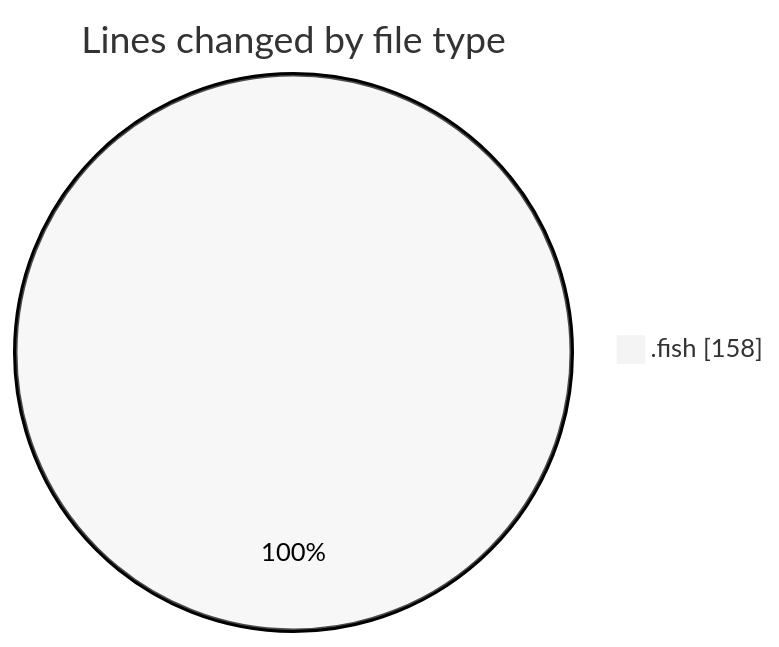
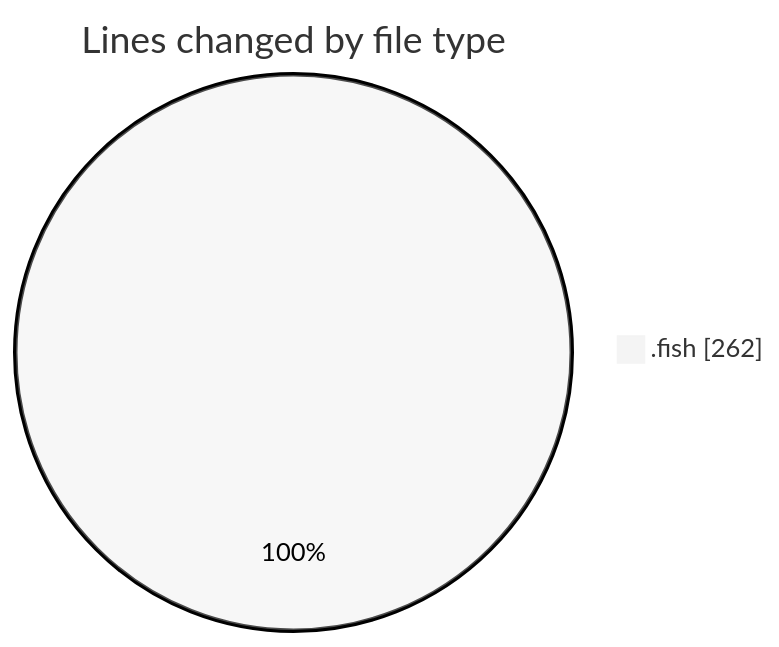
One commit to EIIisD/code-tracking changed the first of 2 diagrams in 2025-08-11/fish/README.md. Above: the diagram before and after it, drawn with Mermaid (neutral theme). The commit also changed other lines of this file and 1 other file, not shown here.

````diff
--- a/2025-08-11/fish/README.md
+++ b/2025-08-11/fish/README.md
@@ -22,5 +22,5 @@
 ```mermaid
 pie showData
 title Lines changed by file type
-".fish" : 158
+".fish" : 262
 ```
````
